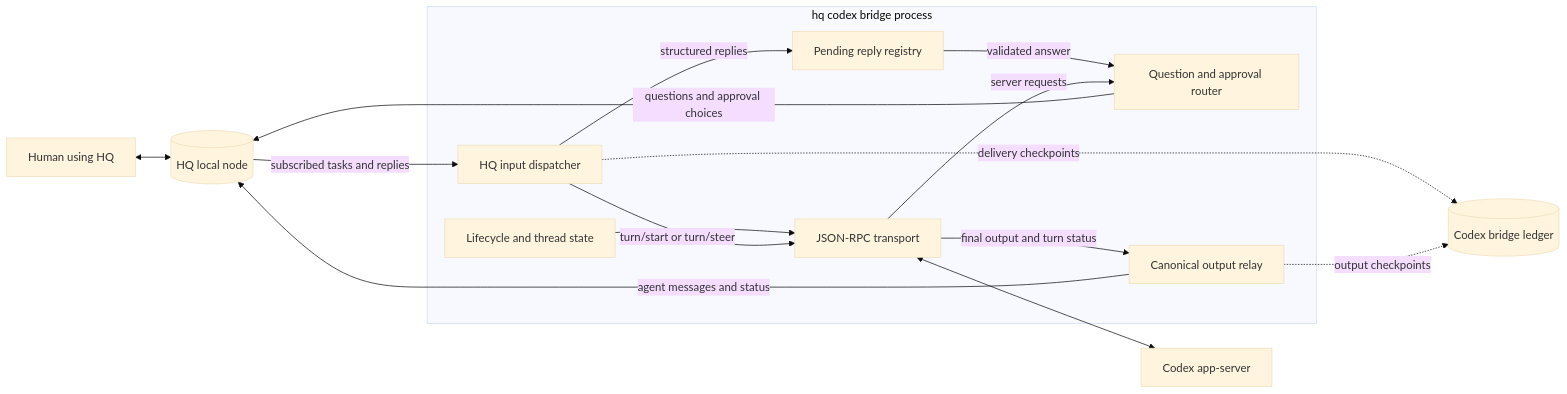
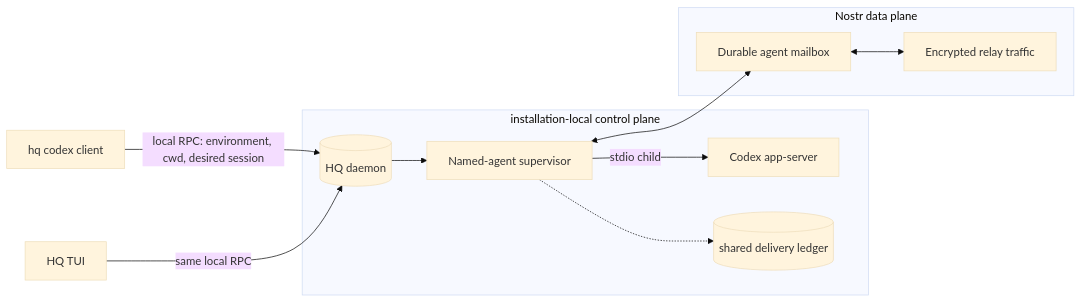
The diagram in README.md (wbbradley/hq), drawn with Mermaid (base theme) before and after one commit. The commit also changed other lines of this file and 37 other files, not shown here.

Commit message:
feat(codex): supervise durable named agents

````diff
--- a/README.md
+++ b/README.md
@@ -85,28 +85,14 @@
 ```mermaid
 flowchart LR
-    Human[Human using HQ] <--> Node[(HQ local node)]
-
-    subgraph Bridge["hq codex bridge process"]
-        Lifecycle[Lifecycle and thread state]
-        Dispatcher[HQ input dispatcher]
-        Replies[Pending reply registry]
-        Requests[Question and approval router]
-        Output[Canonical output relay]
-        Transport[JSON-RPC transport]
-
-        Lifecycle --> Transport
-        Dispatcher -->|turn/start or turn/steer| Transport
-        Dispatcher -->|structured replies| Replies
-        Replies -->|validated answer| Requests
-        Transport -->|server requests| Requests
-        Transport -->|final output and turn status| Output
+    CLI[hq codex client] -->|local RPC: environment, cwd, desired session| Node
+    TUI[HQ TUI] -->|same local RPC| Node
+    subgraph Local["installation-local control plane"]
+        Node[(HQ daemon)] --> Supervisor[Named-agent supervisor]
+        Supervisor -->|stdio child| AppServer[Codex app-server]
+        Supervisor -.-> Ledger[(shared delivery ledger)]
     end
-
-    Node -->|subscribed tasks and replies| Dispatcher
-    Requests -->|questions and approval choices| Node
-    Output -->|agent messages and status| Node
-    Transport <--> AppServer[Codex app-server]
-
-    Dispatcher -.->|delivery checkpoints| Ledger[(Codex bridge ledger)]
-    Output -.->|output checkpoints| Ledger
+    subgraph Data["Nostr data plane"]
+        Mailbox[Durable agent mailbox] <--> Relay[Encrypted relay traffic]
+    end
+    Supervisor <--> Mailbox
 ```
````
